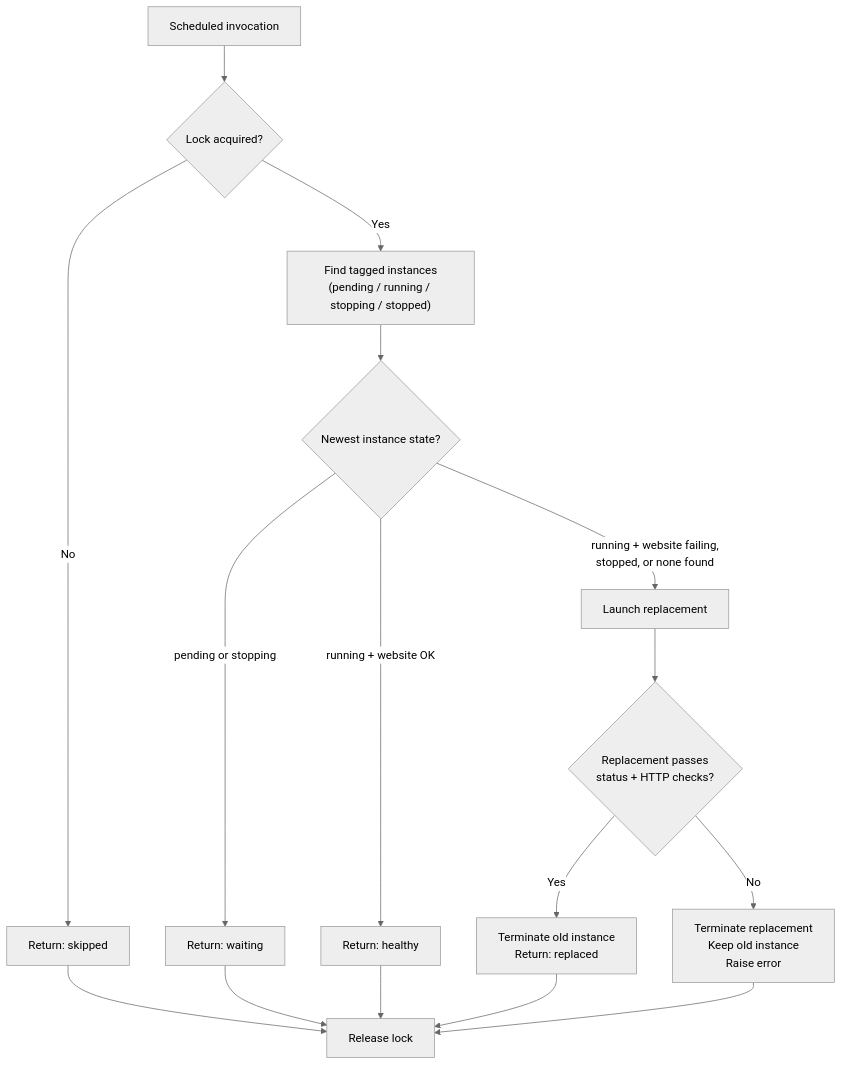
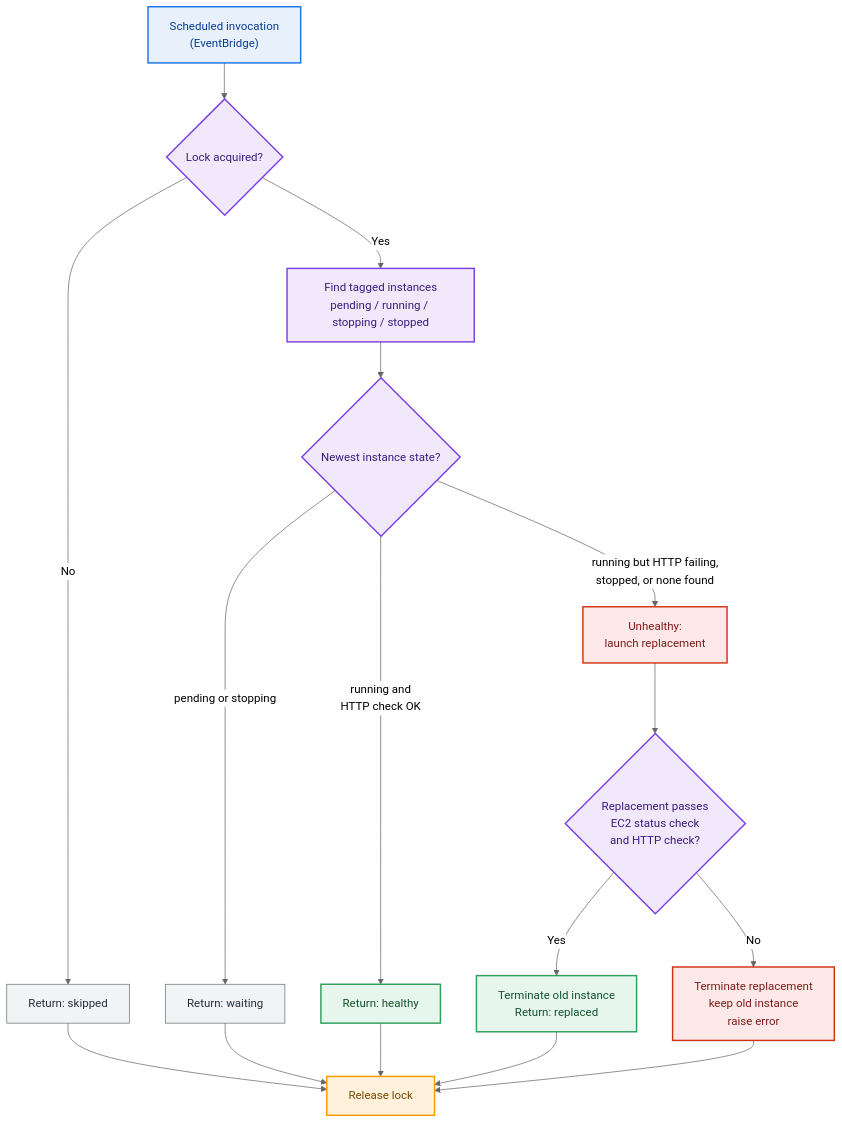
The second of 2 diagrams in README.md (sabo1166/Automated-EC2-health-monitoring-and-recovery-using-AWS-Lambda-EventBridge-Terraform-and-Python.), drawn with Mermaid (neutral theme) before and after one commit. The commit also changed other lines of this file, not shown here.

````diff
--- a/README.md
+++ b/README.md
@@ -98,18 +120,25 @@
 ```mermaid
 flowchart TD
-    A["Scheduled invocation"] --> B{"Lock acquired?"}
-    B -- No --> S1["Return: skipped"]
-    B -- Yes --> C["Find tagged instances<br/>(pending / running / stopping / stopped)"]
-    C --> D{"Newest instance state?"}
-    D -- "pending or stopping" --> W["Return: waiting"]
-    D -- "running + website OK" --> H["Return: healthy"]
-    D -- "running + website failing,<br/>stopped, or none found" --> R["Launch replacement"]
-    R --> V{"Replacement passes<br/>status + HTTP checks?"}
-    V -- Yes --> T["Terminate old instance<br/>Return: replaced"]
-    V -- No --> X["Terminate replacement<br/>Keep old instance<br/>Raise error"]
-    S1 --> Z["Release lock"]
+    A["Scheduled invocation<br/>(EventBridge)"]:::eventbridge --> B{"Lock acquired?"}:::lambda
+    B -- No --> S1["Return: skipped"]:::neutral
+    B -- Yes --> C["Find tagged instances<br/>pending / running / stopping / stopped"]:::lambda
+    C --> D{"Newest instance state?"}:::lambda
+    D -- "pending or stopping" --> W["Return: waiting"]:::neutral
+    D -- "running and<br/>HTTP check OK" --> H["Return: healthy"]:::healthy
+    D -- "running but HTTP failing,<br/>stopped, or none found" --> R["Unhealthy:<br/>launch replacement"]:::unhealthy
+    R --> V{"Replacement passes<br/>EC2 status check<br/>and HTTP check?"}:::lambda
+    V -- Yes --> T["Terminate old instance<br/>Return: replaced"]:::healthy
+    V -- No --> X["Terminate replacement<br/>keep old instance<br/>raise error"]:::unhealthy
+    S1 --> Z["Release lock"]:::lock
     W --> Z
     H --> Z
     T --> Z
     X --> Z
+
+    classDef eventbridge fill:#E8F1FB,stroke:#1A73E8,color:#0B3D91,stroke-width:2px
+    classDef lambda fill:#F1E8FB,stroke:#7B3FE4,color:#3B1C80,stroke-width:2px
+    classDef healthy fill:#E6F6EC,stroke:#2E9E5B,color:#14532D,stroke-width:2px
+    classDef unhealthy fill:#FDE8E8,stroke:#D13212,color:#7F1D1D,stroke-width:2px
+    classDef lock fill:#FFF1DB,stroke:#FF9900,color:#7A4A00,stroke-width:2px
+    classDef neutral fill:#F2F3F4,stroke:#687078,color:#232F3E
 ```
````
